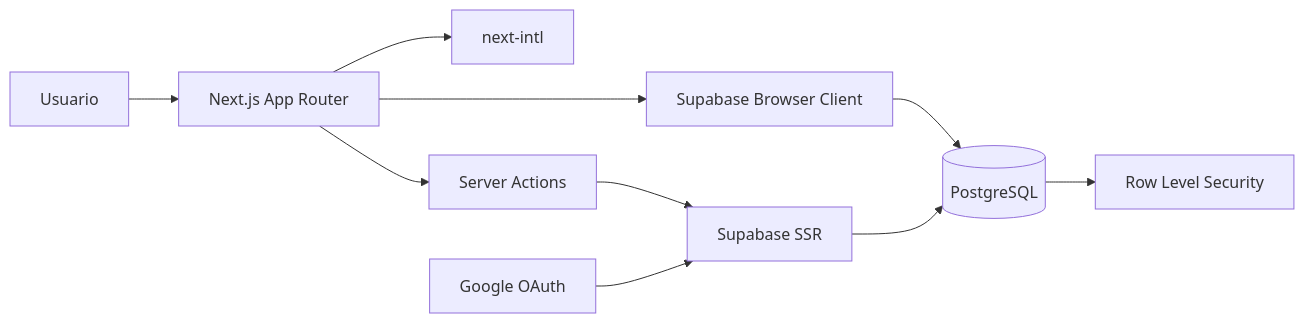
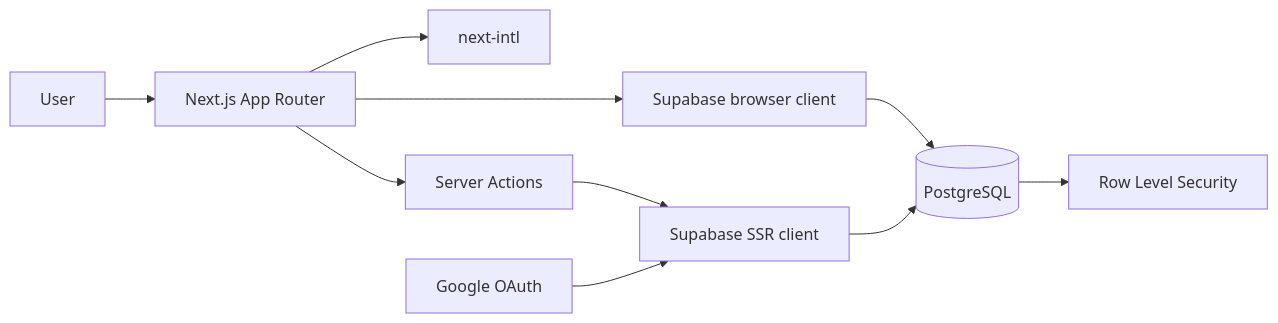
One commit to JoanOliver04/planora changed the diagram in README.md. Above: the diagram before and after it, drawn with Mermaid. The commit also changed other lines of this file and 7 other files, not shown here.

````diff
--- a/README.md
+++ b/README.md
@@ -73,12 +74,12 @@
 ```mermaid
 flowchart LR
-    U[Usuario] --> UI[Next.js App Router]
+    U[User] --> UI[Next.js App Router]
     UI --> I18N[next-intl]
     UI --> SA[Server Actions]
-    UI --> SC[Supabase Browser Client]
-    SA --> SSR[Supabase SSR]
+    UI --> SC[Supabase browser client]
+    SA --> SSR[Supabase SSR client]
     SC --> DB[(PostgreSQL)]
     SSR --> DB
     DB --> RLS[Row Level Security]
     AUTH[Google OAuth] --> SSR
 ```
````
